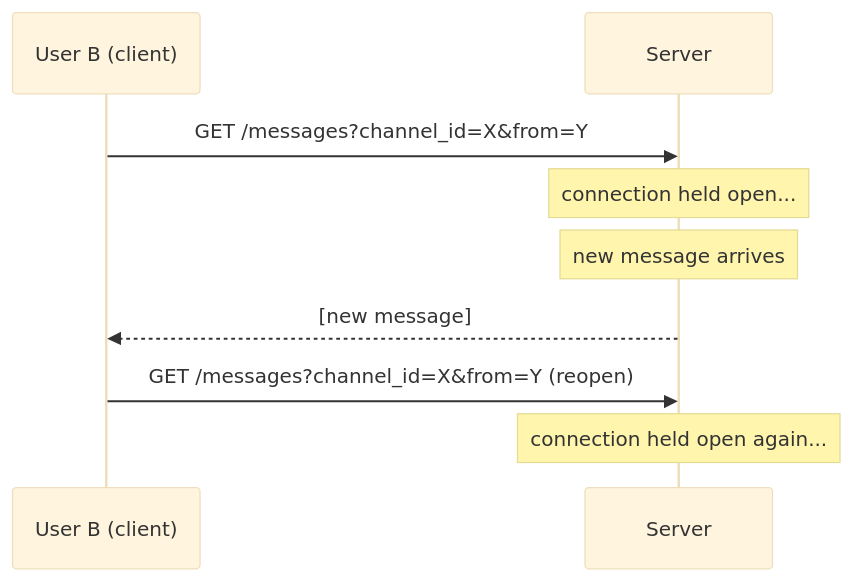
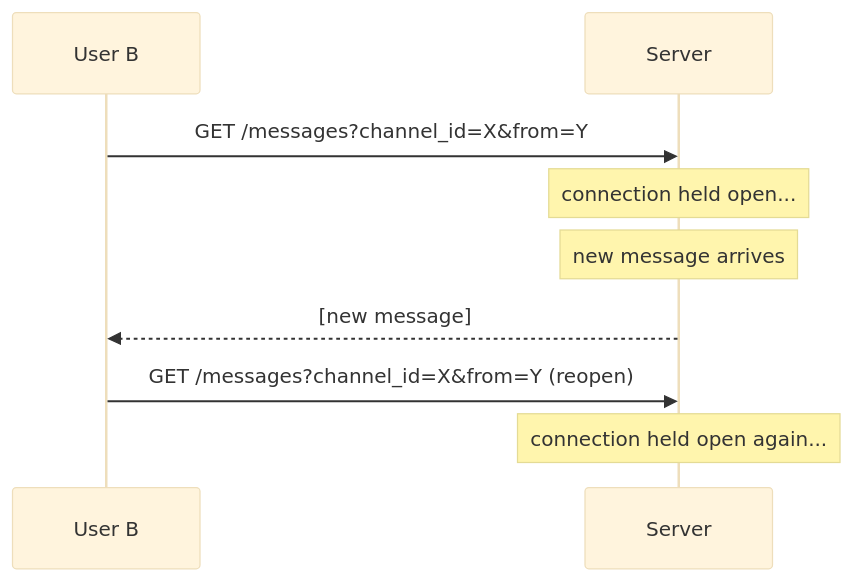
The third of 7 diagrams in _posts/2026-07-28-designing-a-real-time-chat-system.md (adityavarma1234/adityavarma1234.github.io), drawn with Mermaid (base theme) before and after one commit. The commit also changed other lines of this file, not shown here.

Commit message:
fix rendering issues for diagram

````diff
--- a/_posts/2026-07-28-designing-a-real-time-chat-system.md
+++ b/_posts/2026-07-28-designing-a-real-time-chat-system.md
@@ -138,12 +138,12 @@
 ```mermaid
 sequenceDiagram
-    participant B as User B (client)
+    participant B as User B
     participant S as Server
 
     B->>S: GET /messages?channel_id=X&from=Y
     Note over S: connection held open...
     Note over S: new message arrives
     S-->>B: [new message]
     B->>S: GET /messages?channel_id=X&from=Y (reopen)
     Note over S: connection held open again...
 ```
````
